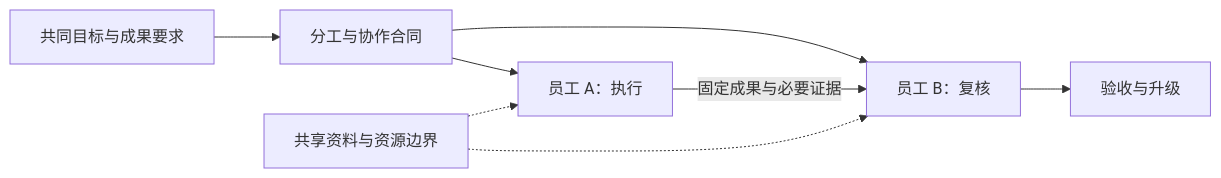
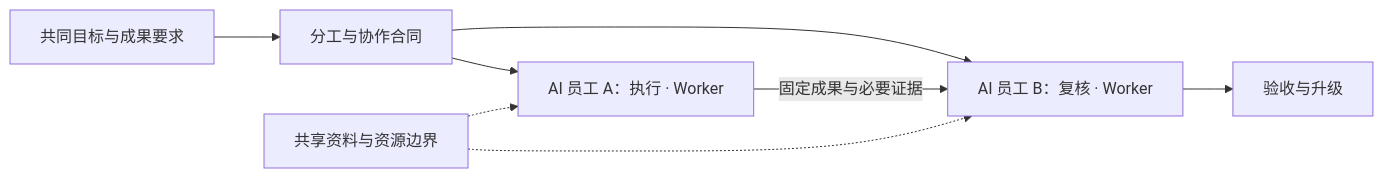
Before and after one commit to teloa-ai/ai-worker-standard: the first of 4 diagrams in spec/core.zh-CN.md, drawn with Mermaid. The commit also changed other lines of this file and 29 other files, not shown here.

Commit message:
docs: connect AI employee product concepts to AI Worker diagrams

````diff
--- a/spec/core.zh-CN.md
+++ b/spec/core.zh-CN.md
@@ -42,10 +44,10 @@
 ```mermaid
 flowchart LR
   G[共同目标与成果要求] --> C[分工与协作合同]
-  C --> A[员工 A：执行]
-  C --> B[员工 B：复核]
+  C --> A[AI 员工 A：执行 · Worker]
+  C --> B[AI 员工 B：复核 · Worker]
   A -->|固定成果与必要证据| B
   B --> R[验收与升级]
   S[共享资料与资源边界] -.-> A
   S -.-> B
 ```
````
